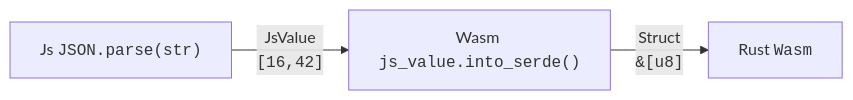
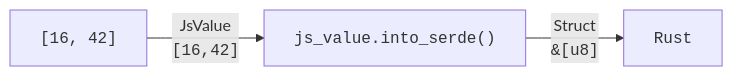
Before and after one commit to gist-rs/book: the second of 3 diagrams in src/wasm/serialize-js-data.md, drawn with Mermaid. The commit also changed other lines of this file, not shown here.

````diff
--- a/src/wasm/serialize-js-data.md
+++ b/src/wasm/serialize-js-data.md
@@ -14,4 +23,4 @@
    ```mermaid
    graph LR
-   A["Js <code>JSON.parse(str)</code>"] --"JsValue<br><code>[16,42]</code>"--> B["Wasm <code>js_value.into_serde()</code>"] --"Struct<br><code>&[u8]</code>"--> C[Rust <code>Wasm</code>]
+   A["<code>[16, 42]</code>"] --"JsValue<br><code>[16,42]</code>"--> B["<code>js_value.into_serde()</code>"] --"Struct<br><code>&[u8]</code>"--> C[<code>Rust</code>]
    ```
````
